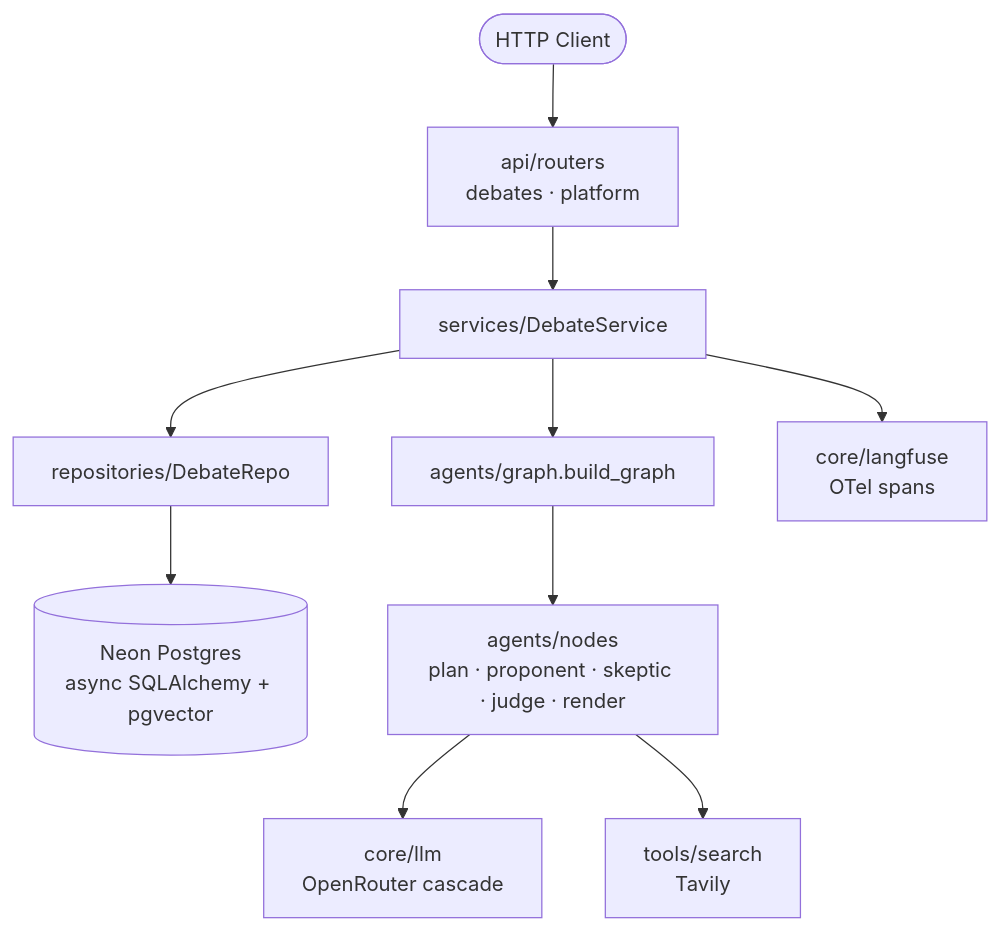
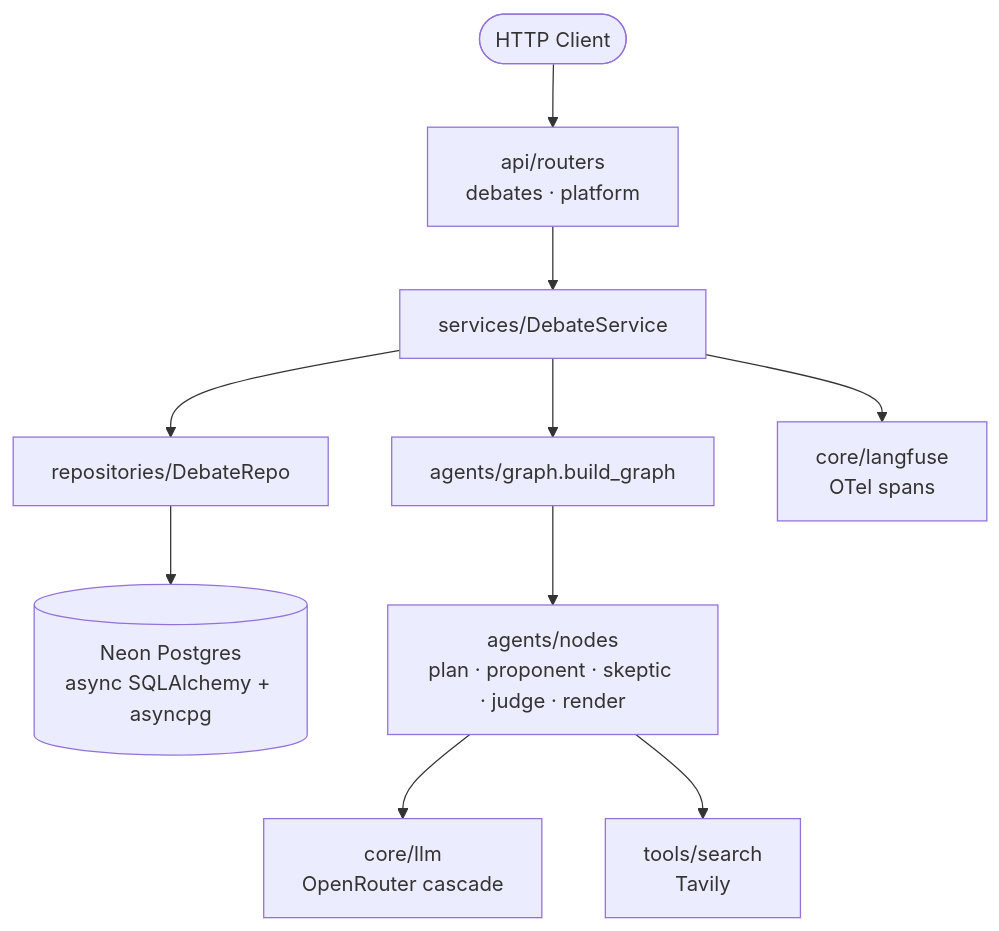
The second of 3 diagrams in README.md (Abdul-Muizz1310/paper-trail-backend), drawn with Mermaid before and after one commit. The commit also changed other lines of this file and 21 other files, not shown here.

````diff
--- a/README.md
+++ b/README.md
@@ -92,12 +92,12 @@
 ```mermaid
 flowchart TD
     Client([HTTP Client]) --> Routers[api/routers<br/>debates · platform]
     Routers --> Services[services/DebateService]
     Services --> Repos[repositories/DebateRepo]
     Services --> Graph[agents/graph.build_graph]
-    Repos --> DB[(Neon Postgres<br/>async SQLAlchemy + pgvector)]
+    Repos --> DB[(Neon Postgres<br/>async SQLAlchemy + asyncpg)]
     Graph --> Nodes[agents/nodes<br/>plan · proponent · skeptic · judge · render]
     Nodes --> LLM[core/llm<br/>OpenRouter cascade]
     Nodes --> Search[tools/search<br/>Tavily]
     Services --> Tracing[core/langfuse<br/>OTel spans]
 ```
````
